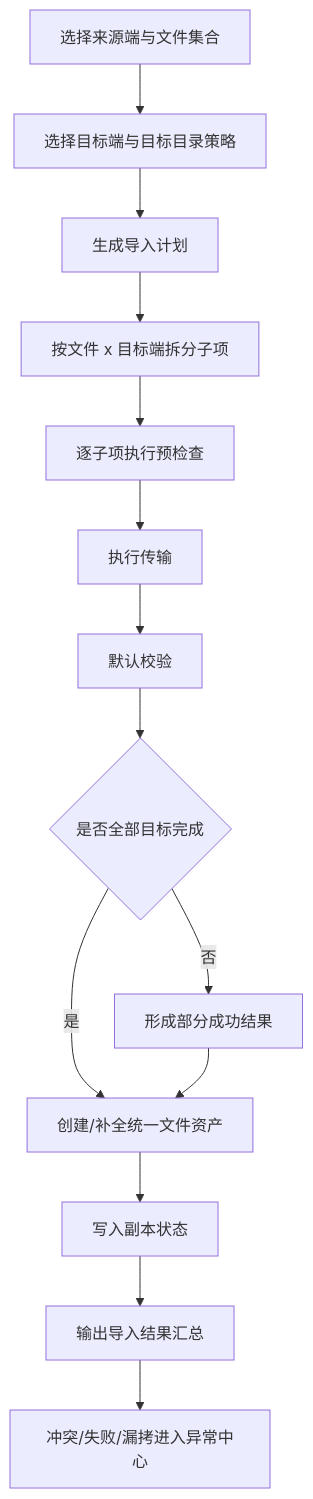
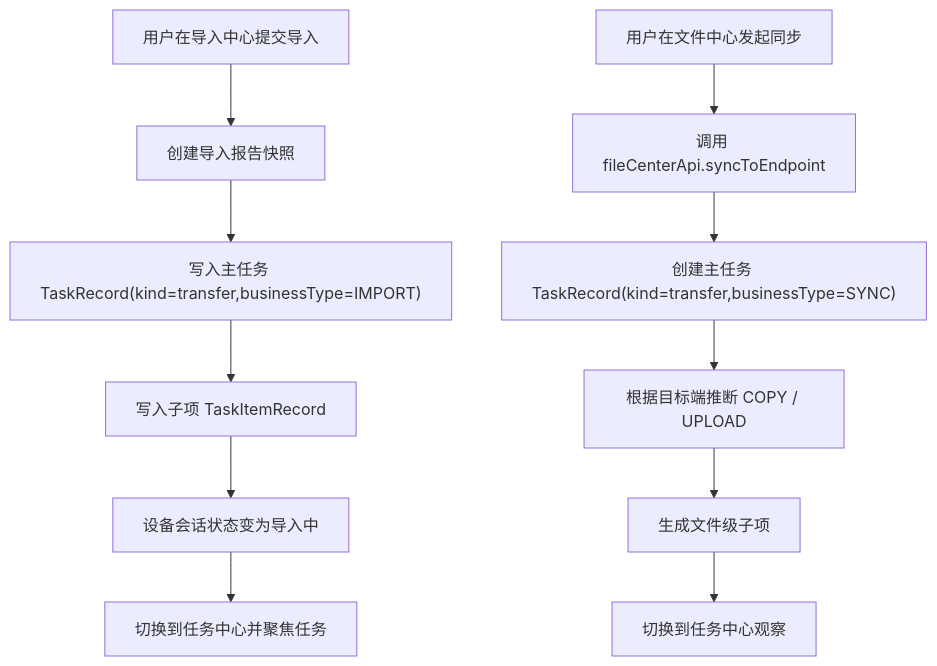
The first of 3 diagrams in docs/技术架构/统一文件管理系统-传输任务流程图与状态机设计.md (Meaninles/mam), drawn with Mermaid before and after one commit. The commit also changed other lines of this file and 13 other files, not shown here.

````diff
--- a/docs/技术架构/统一文件管理系统-传输任务流程图与状态机设计.md
+++ b/docs/技术架构/统一文件管理系统-传输任务流程图与状态机设计.md
@@ -175,16 +78,14 @@
 ```mermaid
 flowchart TD
-    A["选择来源端与文件集合"] --> B["选择目标端与目标目录策略"]
-    B --> C["生成导入计划"]
-    C --> D["按文件 x 目标端拆分子项"]
-    D --> E["逐子项执行预检查"]
-    E --> F["执行传输"]
-    F --> G["默认校验"]
-    G --> H{"是否全部目标完成"}
-    H -- 否 --> I["形成部分成功结果"]
-    H -- 是 --> J["创建/补全统一文件资产"]
-    I --> J
-    J --> K["写入副本状态"]
-    K --> L["输出导入结果汇总"]
-    L --> M["冲突/失败/漏拷进入异常中心"]
+  A["用户在导入中心提交导入"] --> B["创建导入报告快照"]
+  B --> C["写入主任务 TaskRecord(kind=transfer,businessType=IMPORT)"]
+  C --> D["写入子项 TaskItemRecord"]
+  D --> E["设备会话状态变为导入中"]
+  E --> F["切换到任务中心并聚焦任务"]
+
+  G["用户在文件中心发起同步"] --> H["调用 fileCenterApi.syncToEndpoint"]
+  H --> I["创建主任务 TaskRecord(kind=transfer,businessType=SYNC)"]
+  I --> J["根据目标端推断 COPY / UPLOAD"]
+  J --> K["生成文件级子项"]
+  K --> L["切换到任务中心观察"]
 ```
````
